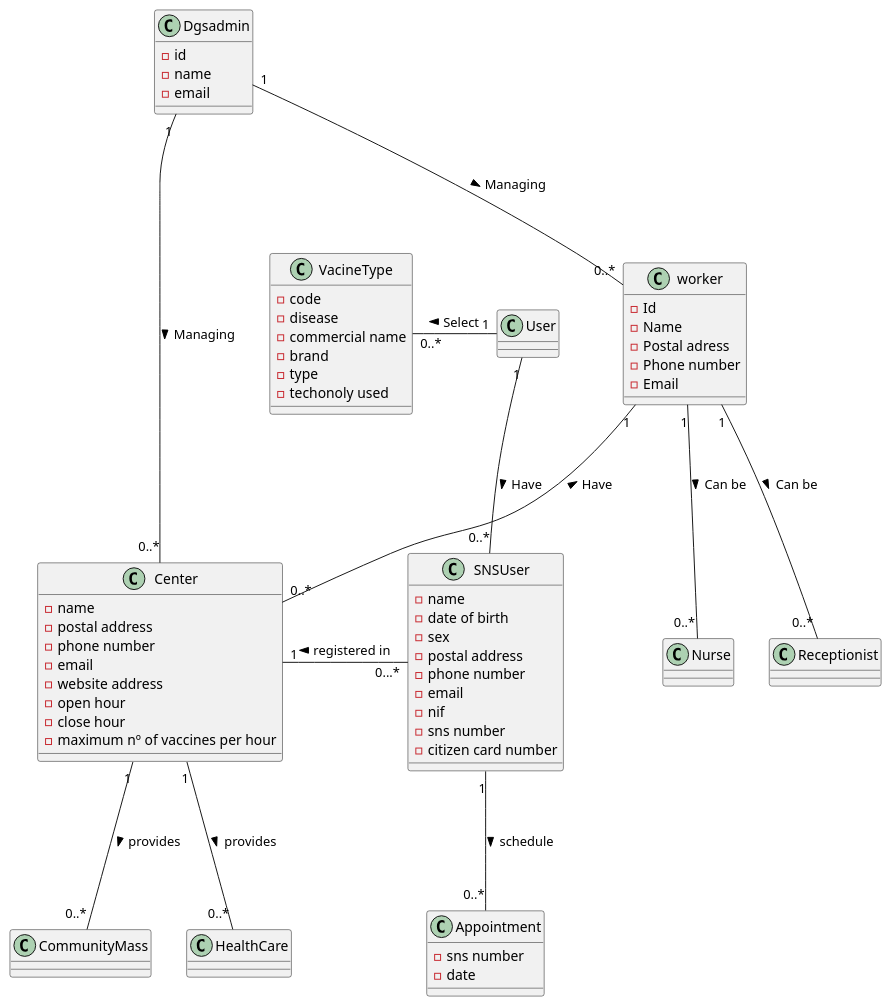
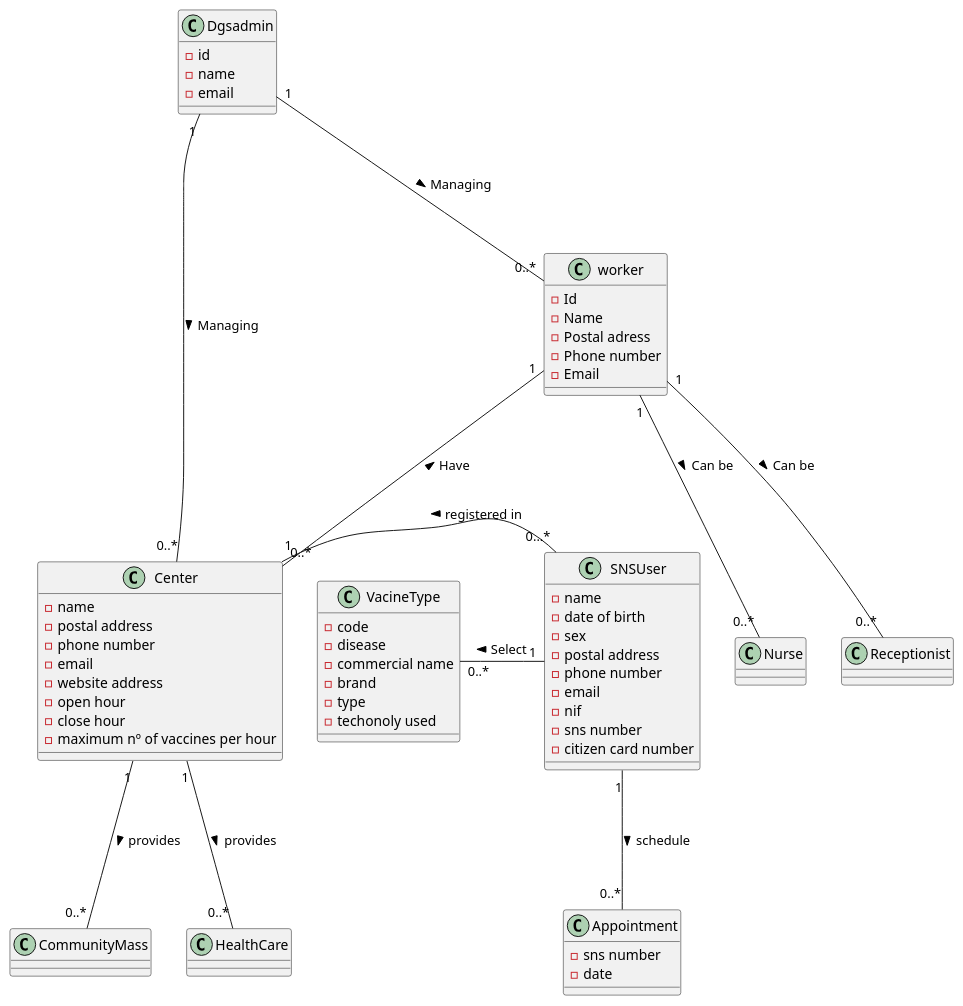
Before and after one commit to goncalomaia18/leti-esoft-25-26-C3: the diagram in docs/system-documentation/global-artifacts/Modelo Dominio.puml, drawn with PlantUML.

```diff
--- a/docs/system-documentation/global-artifacts/Modelo Dominio.puml
+++ b/docs/system-documentation/global-artifacts/Modelo Dominio.puml
@@ -1,76 +1,75 @@
 @startuml
 
 class worker{
 -Id
 -Name
 -Postal adress
 -Phone number
 -Email
 }
 
 class Nurse{
 }
 
 class Receptionist{
 }
 
 class Appointment{
 -sns number
 -date
 }
 
 class Dgsadmin{
 -id
 -name
 -email
 
 }
 class Center {
 -name
 -postal address
 -phone number
 -email
 -website address
 -open hour
 -close hour
 -maximum nº of vaccines per hour
 }
 
 class CommunityMass{
 
 }
 
 class VacineType{
 -code
 -disease
 -commercial name
 -brand
 -type
 -techonoly used
 }
 
 class SNSUser{
 -name
 -date of birth
 -sex
 -postal address
 -phone number
 -email
 -nif
 -sns number
 -citizen card number
 }
 SNSUser"0...*" -left-- "1" Center:  registered in >
 Center "1" --- "0..*" HealthCare:  provides >
 Center "1" --- "0..*" CommunityMass:  provides >
 worker "1" --- "0..*" Nurse: Can be >
 worker "1" --- "0..*" Receptionist: Can be >
-User "1" --- "0..*" SNSUser: Have >
 worker "1" --- "0..*" Center: Have <
 SNSUser "1" --- "0..*" Appointment: schedule >
-User "1" -left-- "0..*" VacineType: Select >
+SNSUser "1" -left-- "0..*" VacineType: Select >
 Dgsadmin "1" --- "0..*" Center: Managing >
 Dgsadmin "1" --- "0..*" worker: Managing >
 
 
 @enduml
```
